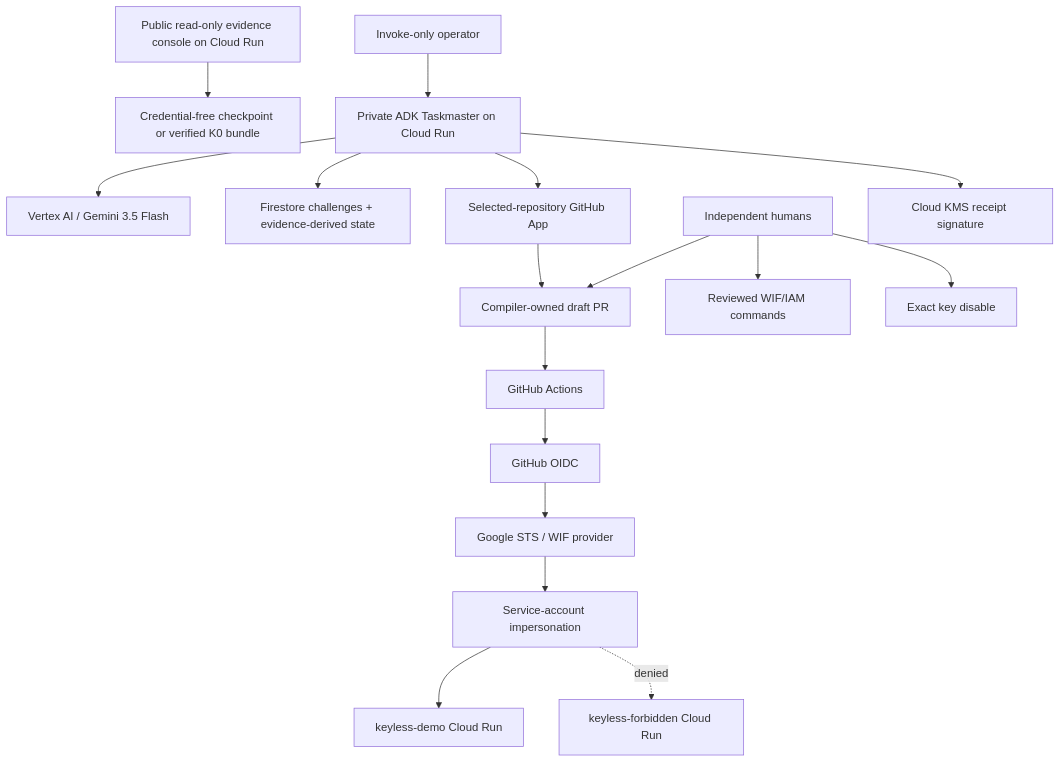
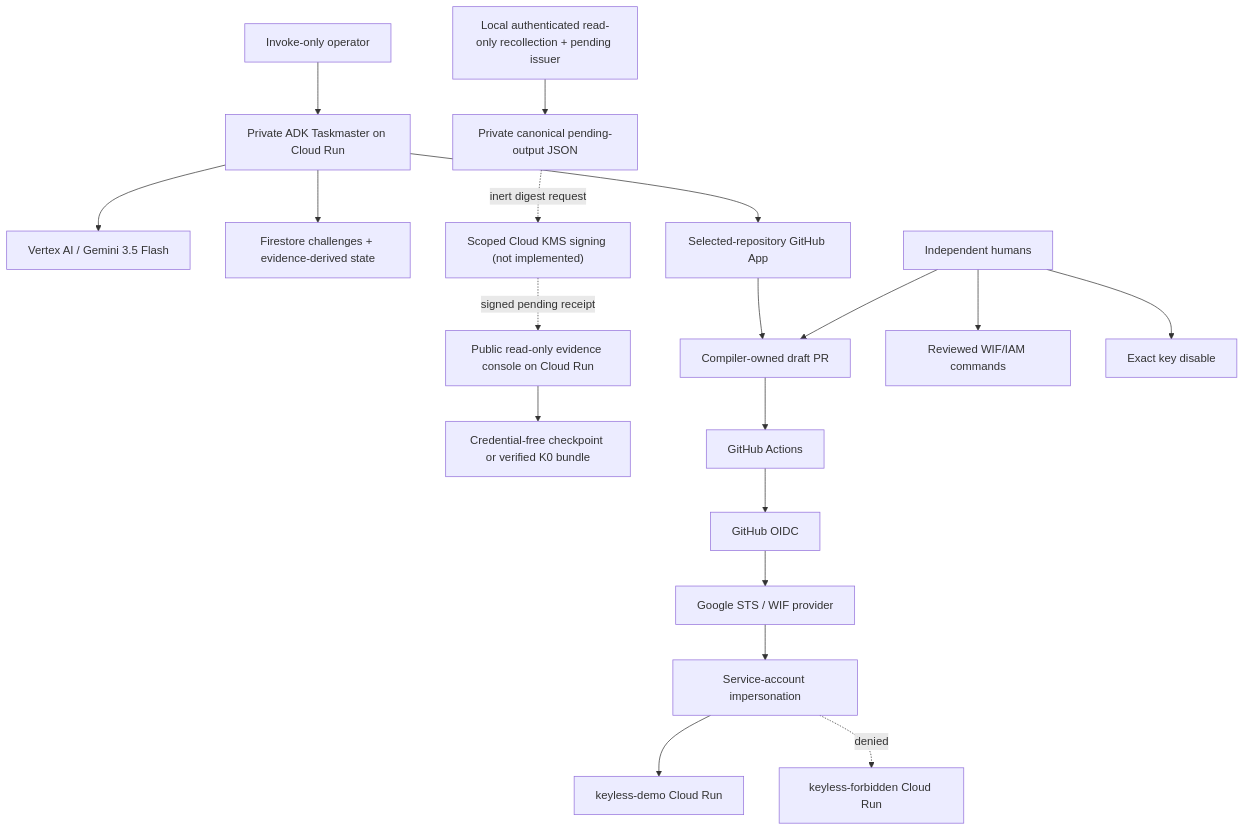
Before and after one commit to trustphoneapp/keyless-cutover: the diagram in docs/ARCHITECTURE.md, drawn with Mermaid. The commit also changed other lines of this file and 72 other files, not shown here.

````diff
--- a/docs/ARCHITECTURE.md
+++ b/docs/ARCHITECTURE.md
@@ -9,19 +9,21 @@
 ```mermaid
 flowchart TB
     UI["Public read-only evidence console on Cloud Run"] --> EVIDENCE["Credential-free checkpoint or verified K0 bundle"]
     OP["Invoke-only operator"] --> APP["Private ADK Taskmaster on Cloud Run"]
     APP --> VX["Vertex AI / Gemini 3.5 Flash"]
     APP --> FS["Firestore challenges + evidence-derived state"]
     APP --> GH["Selected-repository GitHub App"]
     GH --> PR["Compiler-owned draft PR"]
     HUMAN["Independent humans"] --> IAM["Reviewed WIF/IAM commands"]
     HUMAN --> PR
     HUMAN --> KEY["Exact key disable"]
     PR --> ACTIONS["GitHub Actions"]
     ACTIONS --> OIDC["GitHub OIDC"]
     OIDC --> STS["Google STS / WIF provider"]
     STS --> IMP["Service-account impersonation"]
     IMP --> ALLOWED["keyless-demo Cloud Run"]
     IMP -. denied .-> FORBIDDEN["keyless-forbidden Cloud Run"]
-    APP --> KMS["Cloud KMS receipt signature"]
+    RECOLLECT["Local authenticated read-only recollection + pending issuer"] --> PENDING["Private canonical pending-output JSON"]
+    PENDING -. inert digest request .-> KMS["Scoped Cloud KMS signing (not implemented)"]
+    KMS -. signed pending receipt .-> UI
 ```
````
